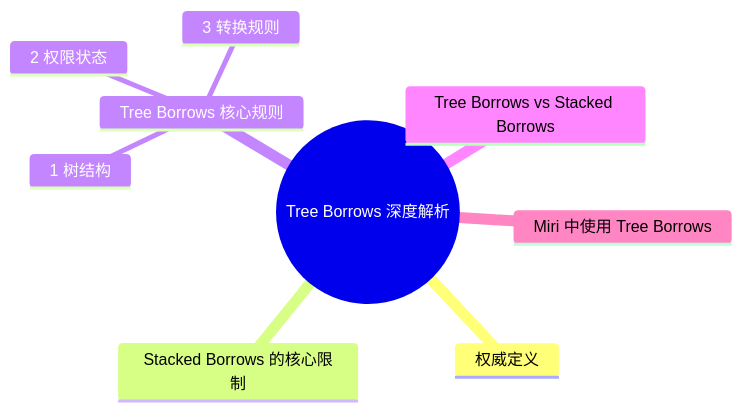
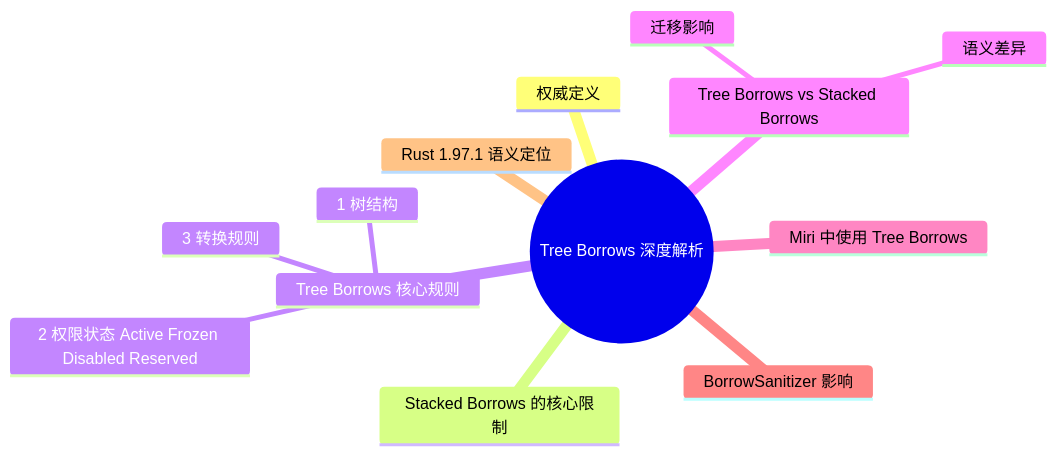
Before and after one commit to martin-ly/rust-lang: the diagram in concept/04_formal/01_ownership_logic/05_tree_borrows_deep_dive.md, drawn with Mermaid. The commit also changed other lines of this file and 85 other files, not shown here.

````diff
--- a/concept/04_formal/01_ownership_logic/05_tree_borrows_deep_dive.md
+++ b/concept/04_formal/01_ownership_logic/05_tree_borrows_deep_dive.md
@@ -242,12 +291,16 @@
 ```mermaid
 mindmap
   root((Tree Borrows 深度解析))
     权威定义
     Stacked Borrows 的核心限制
     Tree Borrows 核心规则
       1 树结构
-      2 权限状态
+      2 权限状态 Active Frozen Disabled Reserved
       3 转换规则
     Tree Borrows vs Stacked Borrows
+      语义差异
+      迁移影响
     Miri 中使用 Tree Borrows
+    BorrowSanitizer 影响
+    Rust 1.97.1 语义定位
 ```
````
